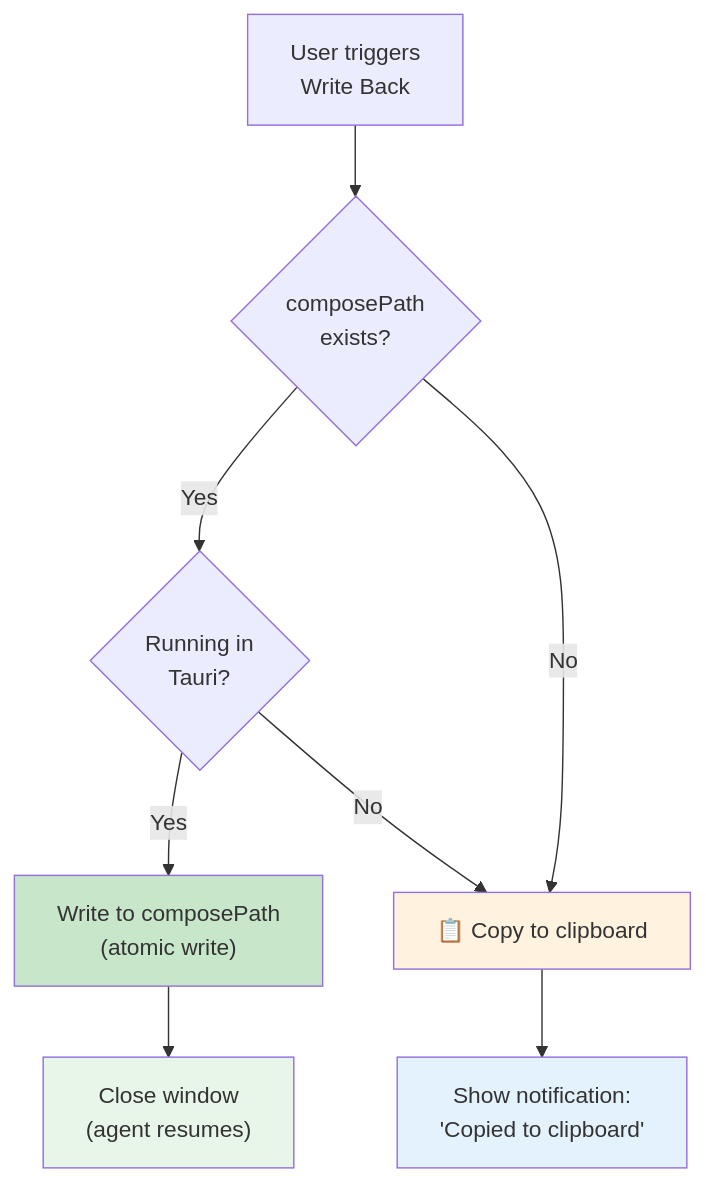
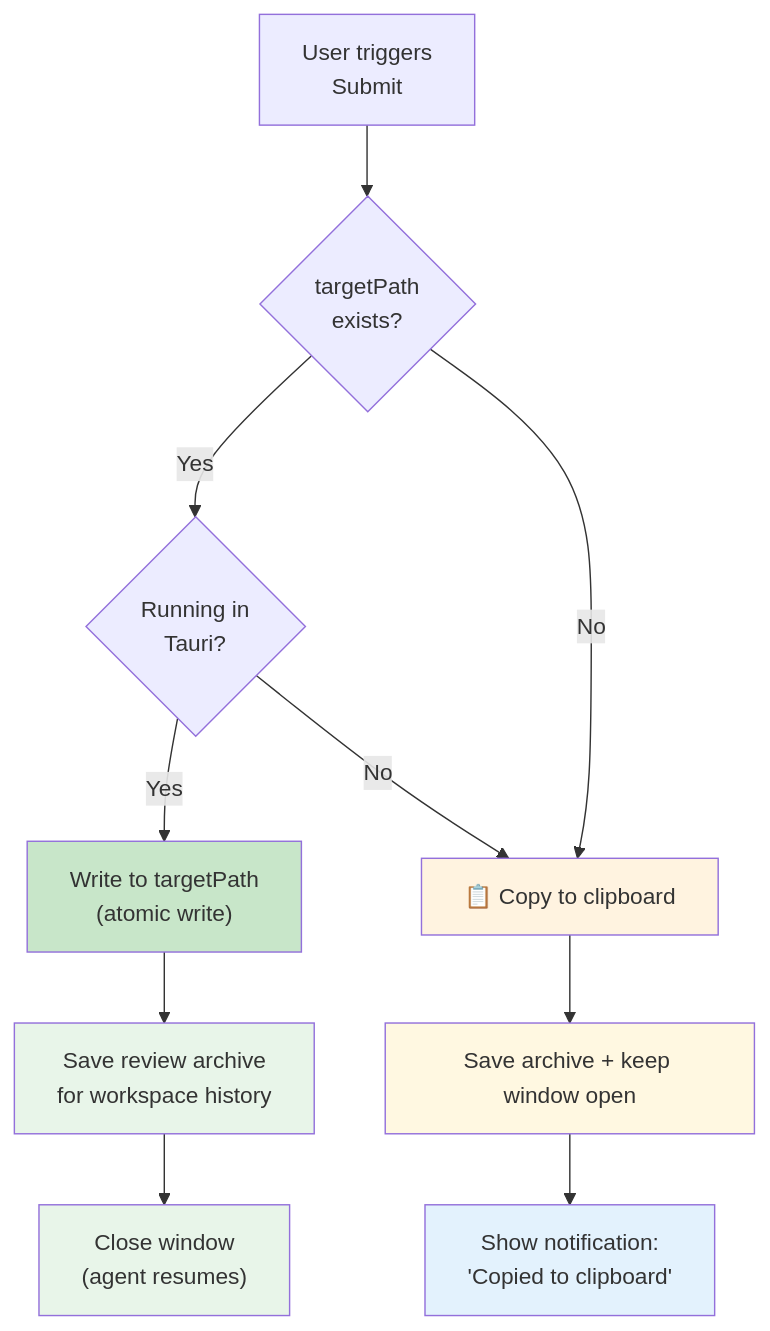
One commit to BobDLA/cliv changed diagram 16 of 22 in docs/demo/demo.md. Above: the diagram before and after it, drawn with Mermaid. The commit also changed other lines of this file and 44 other files, not shown here.

````diff
--- a/docs/demo/demo.md
+++ b/docs/demo/demo.md
@@ -853,18 +936,22 @@
 ```mermaid
 flowchart TD
-    START["User triggers<br/>Write Back"] --> HAS_COMPOSE{"composePath<br/>exists?"}
+    START["User triggers<br/>Submit"] --> HAS_TARGET{"targetPath<br/>exists?"}
 
-    HAS_COMPOSE -->|"Yes"| HAS_TAURI{"Running in<br/>Tauri?"}
-    HAS_COMPOSE -->|"No"| CLIPBOARD["📋 Copy to clipboard"]
+    HAS_TARGET -->|"Yes"| HAS_TAURI{"Running in<br/>Tauri?"}
+    HAS_TARGET -->|"No"| CLIPBOARD["📋 Copy to clipboard"]
 
-    HAS_TAURI -->|"Yes"| WRITE_FILE["Write to composePath<br/>(atomic write)"]
+    HAS_TAURI -->|"Yes"| WRITE_FILE["Write to targetPath<br/>(atomic write)"]
     HAS_TAURI -->|"No"| CLIPBOARD
 
-    WRITE_FILE --> CLOSE["Close window<br/>(agent resumes)"]
-    CLIPBOARD --> NOTIFY["Show notification:<br/>'Copied to clipboard'"]
+    WRITE_FILE --> ARCHIVE["Save review archive<br/>for workspace history"]
+    ARCHIVE --> CLOSE["Close window<br/>(agent resumes)"]
+    CLIPBOARD --> ARCHIVE_CLIP["Save archive + keep window open"]
+    ARCHIVE_CLIP --> NOTIFY["Show notification:<br/>'Copied to clipboard'"]
 
     style WRITE_FILE fill:#c8e6c9
+    style ARCHIVE fill:#e8f5e9
     style CLIPBOARD fill:#fff3e0
+    style ARCHIVE_CLIP fill:#fff8e1
     style CLOSE fill:#e8f5e9
     style NOTIFY fill:#e3f2fd
 ```
````
